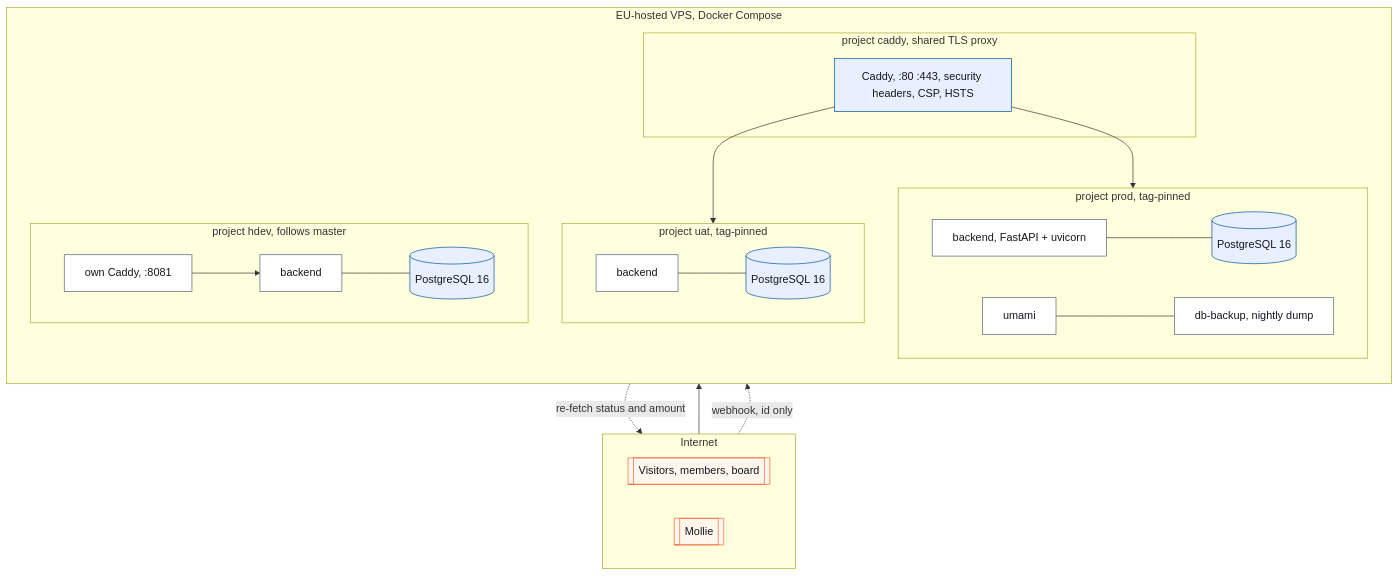
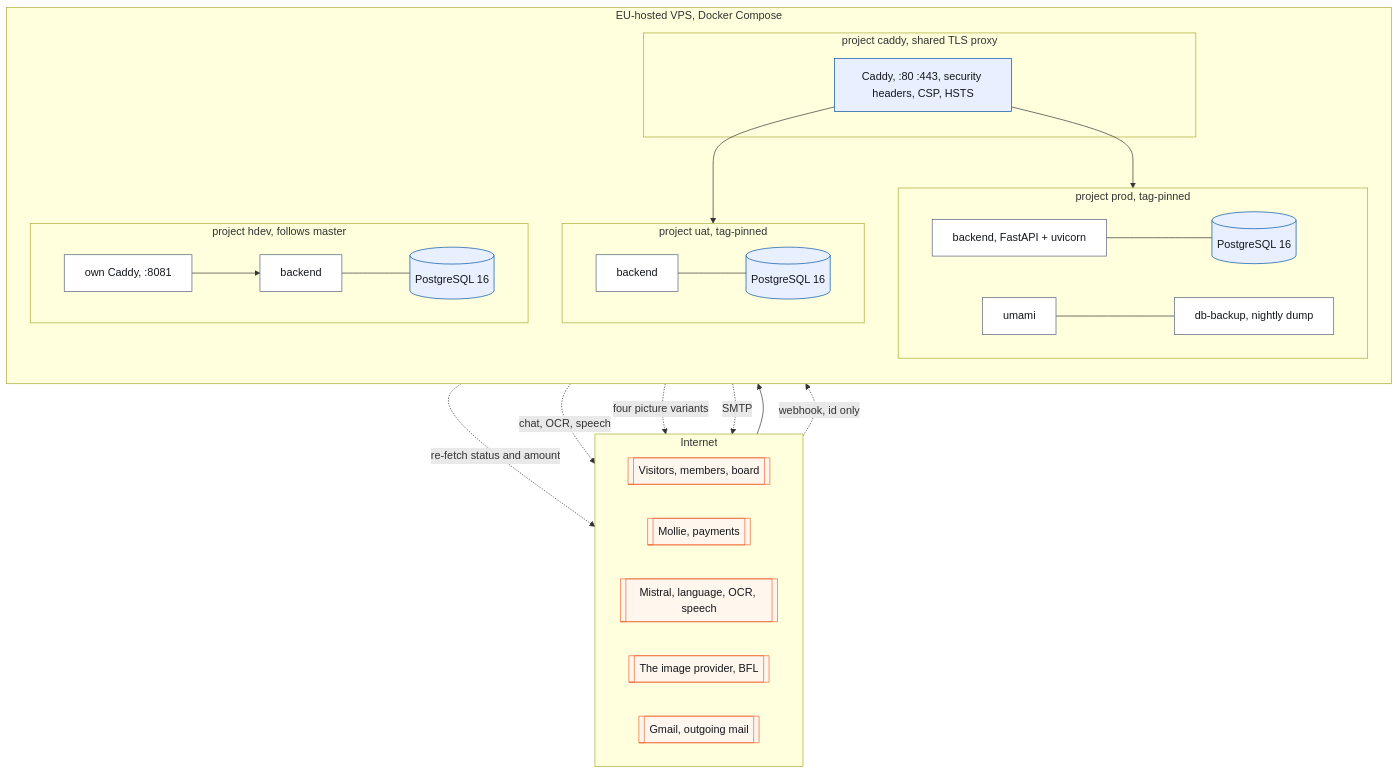
Before and after one commit to KoenRenders/KoenTest: diagram 11 of 19 in docs/architecture.md, drawn with Mermaid. The commit also changed other lines of this file and 6 other files, not shown here.

First line of the commit message:
docs: Koen's reading notes of 14 October 2026 in the architecture document

````diff
--- a/docs/architecture.md
+++ b/docs/architecture.md
@@ -487,38 +487,44 @@
 ```mermaid
 flowchart TB
   subgraph NET["Internet"]
     direction LR
     U[["Visitors, members, board"]]
-    MO[["Mollie"]]
+    MO[["Mollie, payments"]]
+    AI[["Mistral, language, OCR, speech"]]
+    IMG[["The image provider, BFL"]]
+    GM[["Gmail, outgoing mail"]]
   end
   subgraph HOST["EU-hosted VPS, Docker Compose"]
     direction TB
     subgraph SHARED["project caddy, shared TLS proxy"]
       C["Caddy, :80 :443, security headers, CSP, HSTS"]
     end
     subgraph PROD["project prod, tag-pinned"]
       direction LR
       PB["backend, FastAPI + uvicorn"] --- PD[("PostgreSQL 16")]
       PU["umami"] --- PK["db-backup, nightly dump"]
     end
     subgraph UAT["project uat, tag-pinned"]
       direction LR
       UB["backend"] --- UD[("PostgreSQL 16")]
     end
     subgraph HDEV["project hdev, follows master"]
       direction LR
       HC["own Caddy, :8081"] --> HB["backend"] --- HD[("PostgreSQL 16")]
     end
   end
   U --> C
   C --> PB
   C --> UB
-  MO -. "webhook, id only" .-> C
-  PB -. "re-fetch status and amount" .-> MO
+  MO -. "webhook, id only".-> C
+  PB -. "re-fetch status and amount".-> MO
+  PB -. "chat, OCR, speech".-> AI
+  PB -. "four picture variants".-> IMG
+  PB -. "SMTP".-> GM
   classDef kernel fill:#e8f0ff,stroke:#0051a4,color:#14171c;
   classDef domain fill:#ffffff,stroke:#52607a,color:#14171c;
   classDef external fill:#fff7ed,stroke:#f16532,color:#14171c;
   class C,PD,UD,HD kernel
   class PB,UB,HB,HC,PU,PK domain
-  class U,MO external
+  class U,MO,AI,IMG,GM external
 ```
````
